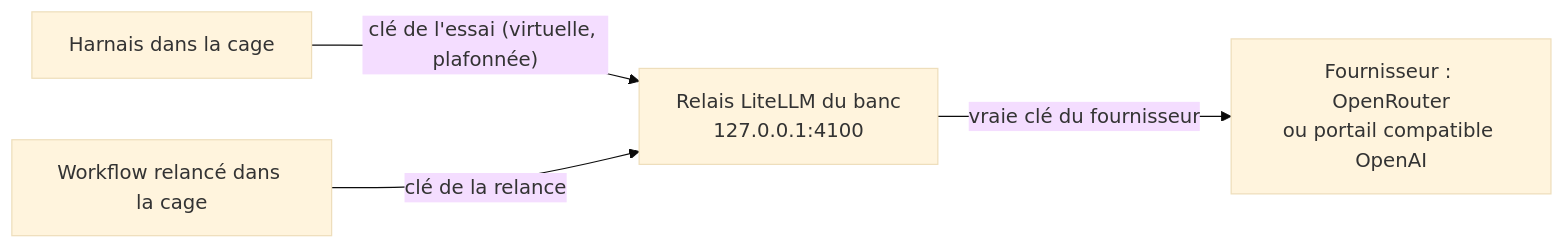
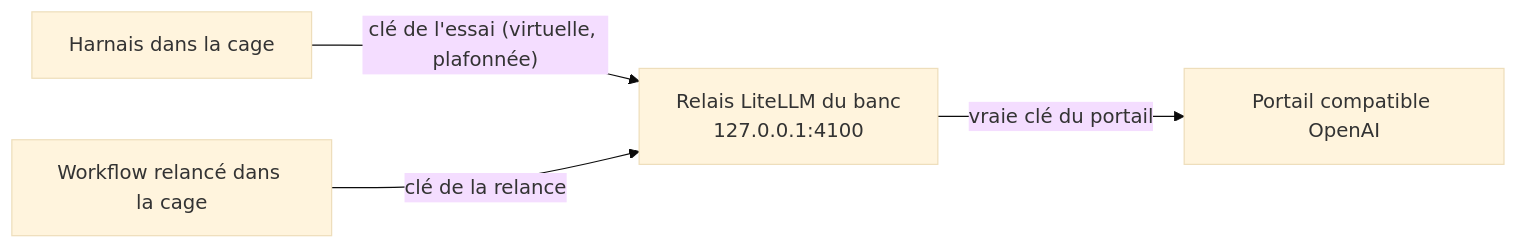
Before and after one commit to floSa/Harness-Test-Bench: the diagram in banc-essai/documentation/modele-et-fournisseur.md, drawn with Mermaid (base theme). The commit also changed other lines of this file and 704 other files, not shown here.

````diff
--- a/banc-essai/documentation/modele-et-fournisseur.md
+++ b/banc-essai/documentation/modele-et-fournisseur.md
@@ -7,6 +7,6 @@
 ```mermaid
 flowchart LR
     H["Harnais dans la cage"] -->|"clé de l'essai (virtuelle, plafonnée)"| R["Relais LiteLLM du banc<br/>127.0.0.1:4100"]
     W["Workflow relancé dans la cage"] -->|"clé de la relance"| R
-    R -->|"vraie clé du fournisseur"| F["Fournisseur : OpenRouter<br/>ou portail compatible OpenAI"]
+    R -->|"vraie clé du portail"| F["Portail compatible OpenAI"]
 ```
````
